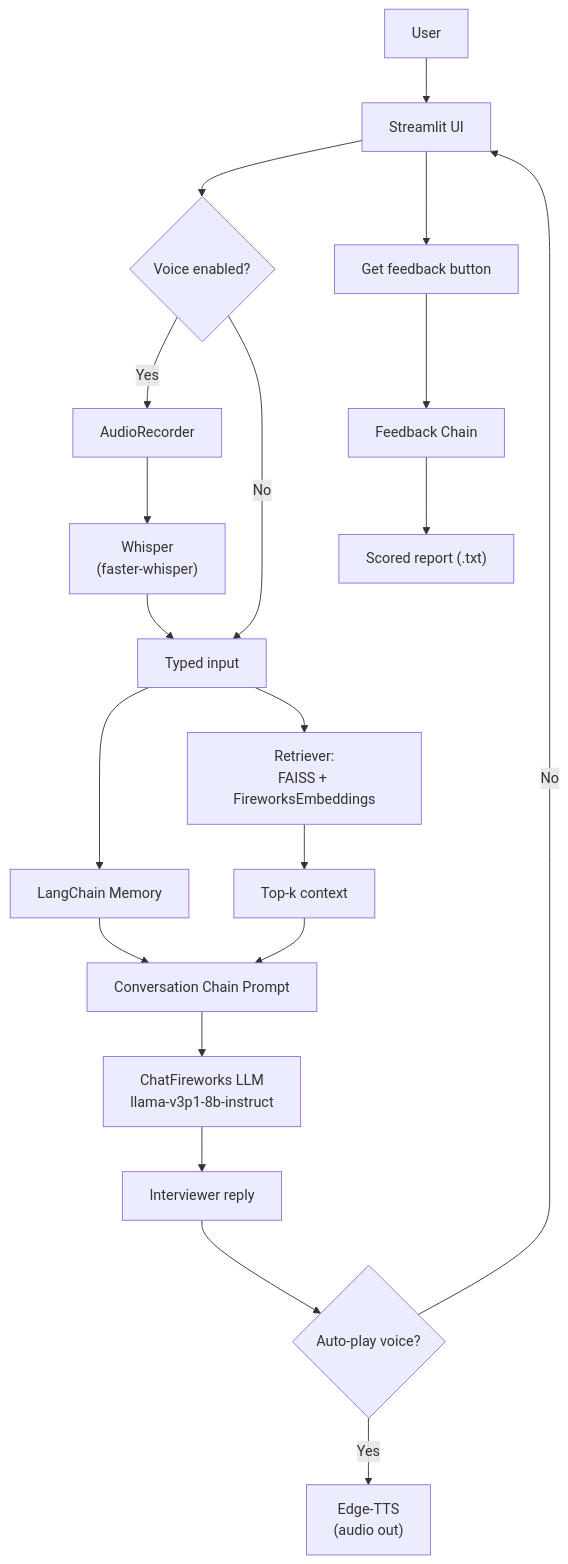
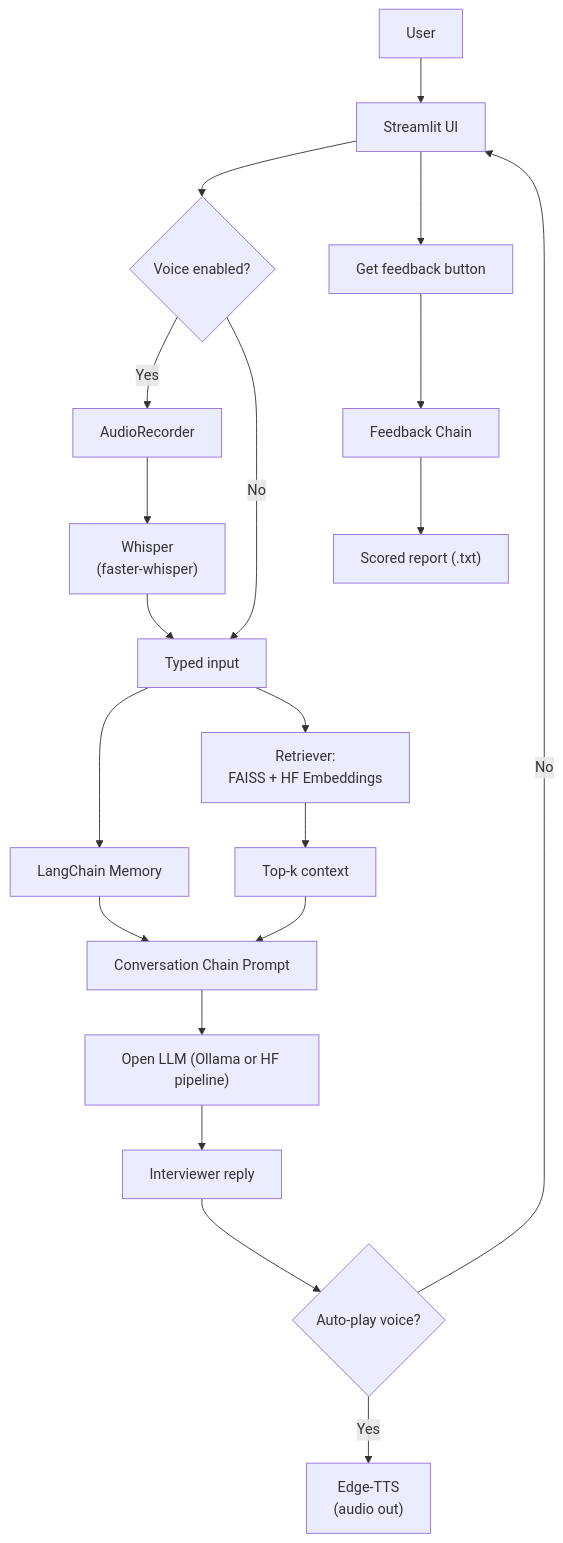
One commit to souvikDevloper/AI-Interview-Coach changed the diagram in README.md. Above: the diagram before and after it, drawn with Mermaid. The commit also changed other lines of this file and 7 other files, not shown here.

Commit message:
Replace Fireworks stack with open-source defaults

````diff
--- a/README.md
+++ b/README.md
@@ -41,33 +41,33 @@
 ```mermaid
 flowchart TD
   A[User] --> B[Streamlit UI]
 
   %% Input path
   B --> C{Voice enabled?}
   C -- Yes --> D[AudioRecorder]
   D --> E["Whisper\n(faster-whisper)"]
   C -- No --> F[Typed input]
   E --> F
 
   %% Retrieval & memory
   F --> G[LangChain Memory]
-  F --> H["Retriever:\nFAISS + FireworksEmbeddings"]
+  F --> H["Retriever:\nFAISS + HF Embeddings"]
   H --> I[Top-k context]
 
   %% Conversation
   G --> J[Conversation Chain Prompt]
   I --> J
-  J --> K["ChatFireworks LLM\nllama-v3p1-8b-instruct"]
+  J --> K["Open LLM (Ollama or HF pipeline)"]
   K --> L[Interviewer reply]
 
   %% TTS
   L --> M{Auto-play voice?}
   M -- Yes --> N["Edge-TTS\n(audio out)"]
   M -- No --> B
 
   %% Feedback
   B --> O["Get feedback" button]
   O --> P[Feedback Chain]
   P --> Q["Scored report (.txt)"]
 
 ```
````
